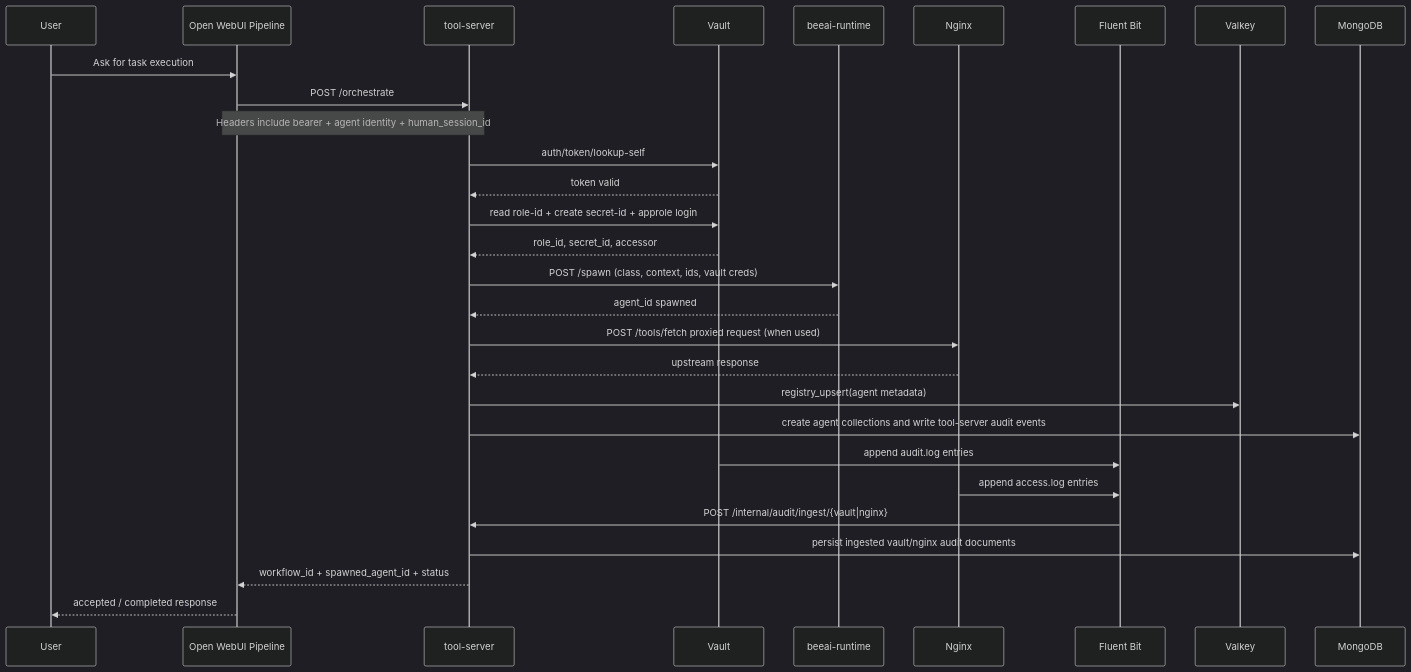
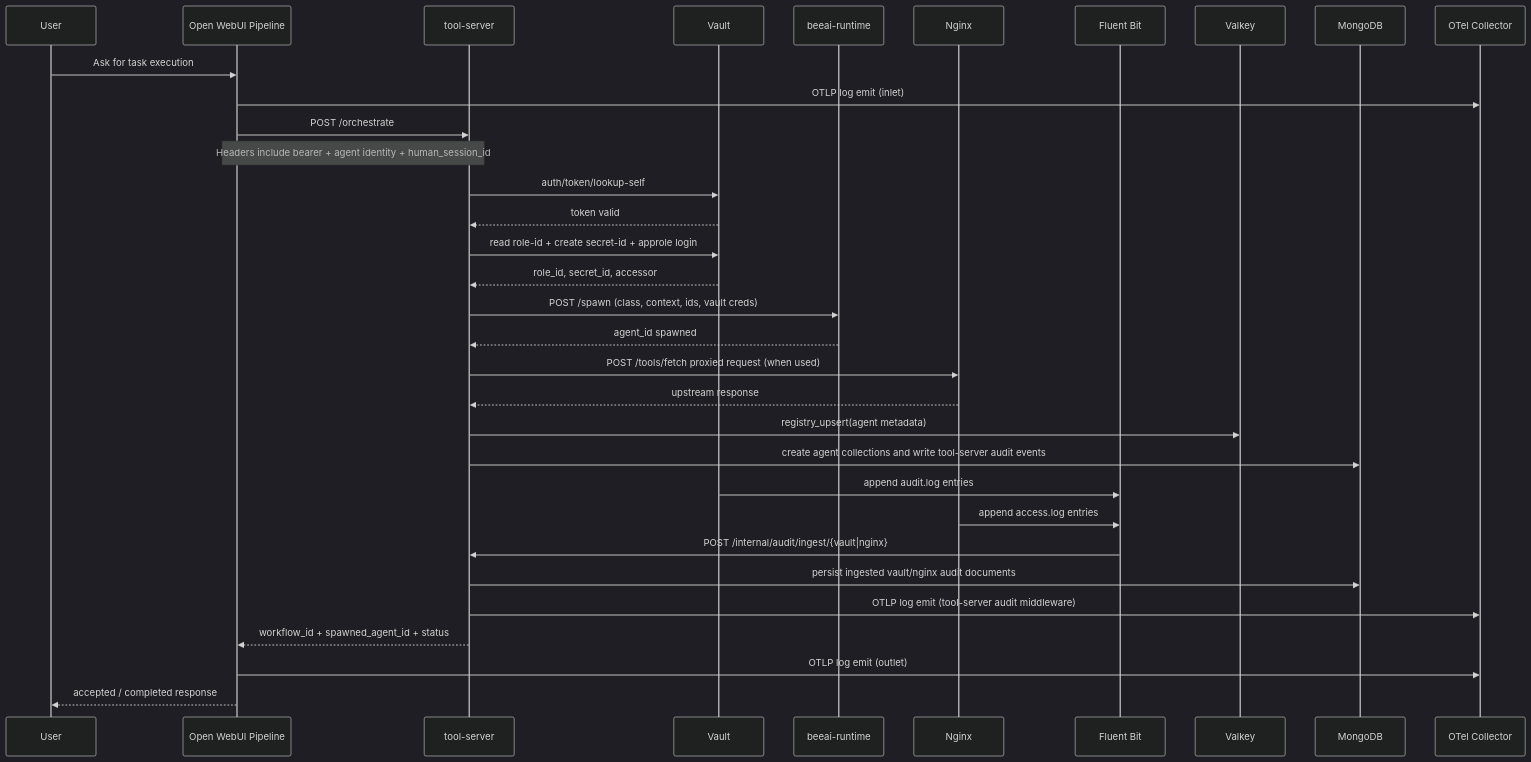
The first of 2 diagrams in docs/request-flow.md (McIndi/project-garrison), drawn with Mermaid (dark theme) before and after one commit. The commit also changed 7 other files, not shown here.

Commit message:
feat: enhance Open WebUI pipeline with OTLP logging for inlet/outlet events; add auth hardening plan documentation and related tests

````diff
--- a/docs/request-flow.md
+++ b/docs/request-flow.md
@@ -5,38 +5,42 @@
 ```mermaid
 sequenceDiagram
     participant User
     participant OW as Open WebUI Pipeline
     participant TS as tool-server
     participant VA as Vault
     participant BR as beeai-runtime
     participant NX as Nginx
     participant FB as Fluent Bit
     participant VK as Valkey
     participant MG as MongoDB
+    participant OT as OTel Collector
 
     User->>OW: Ask for task execution
+    OW->>OT: OTLP log emit (inlet)
     OW->>TS: POST /orchestrate
     Note over OW,TS: Headers include bearer + agent identity + human_session_id
 
     TS->>VA: auth/token/lookup-self
     VA-->>TS: token valid
 
     TS->>VA: read role-id + create secret-id + approle login
     VA-->>TS: role_id, secret_id, accessor
 
     TS->>BR: POST /spawn (class, context, ids, vault creds)
     BR-->>TS: agent_id spawned
 
     TS->>NX: POST /tools/fetch proxied request (when used)
     NX-->>TS: upstream response
 
     TS->>VK: registry_upsert(agent metadata)
     TS->>MG: create agent collections and write tool-server audit events
     VA->>FB: append audit.log entries
     NX->>FB: append access.log entries
     FB->>TS: POST /internal/audit/ingest/{vault|nginx}
     TS->>MG: persist ingested vault/nginx audit documents
+    TS->>OT: OTLP log emit (tool-server audit middleware)
 
     TS-->>OW: workflow_id + spawned_agent_id + status
+    OW->>OT: OTLP log emit (outlet)
     OW-->>User: accepted / completed response
 ```
````
